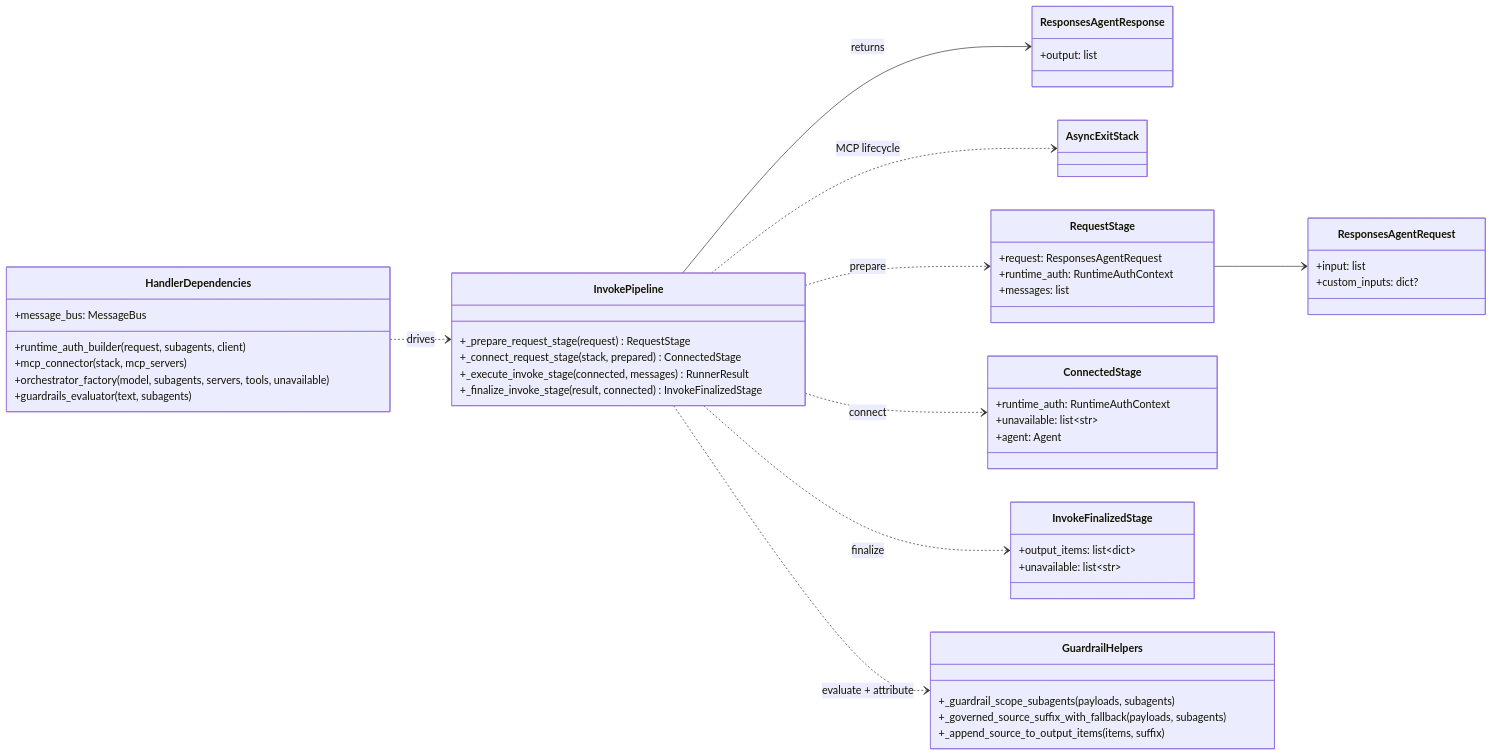
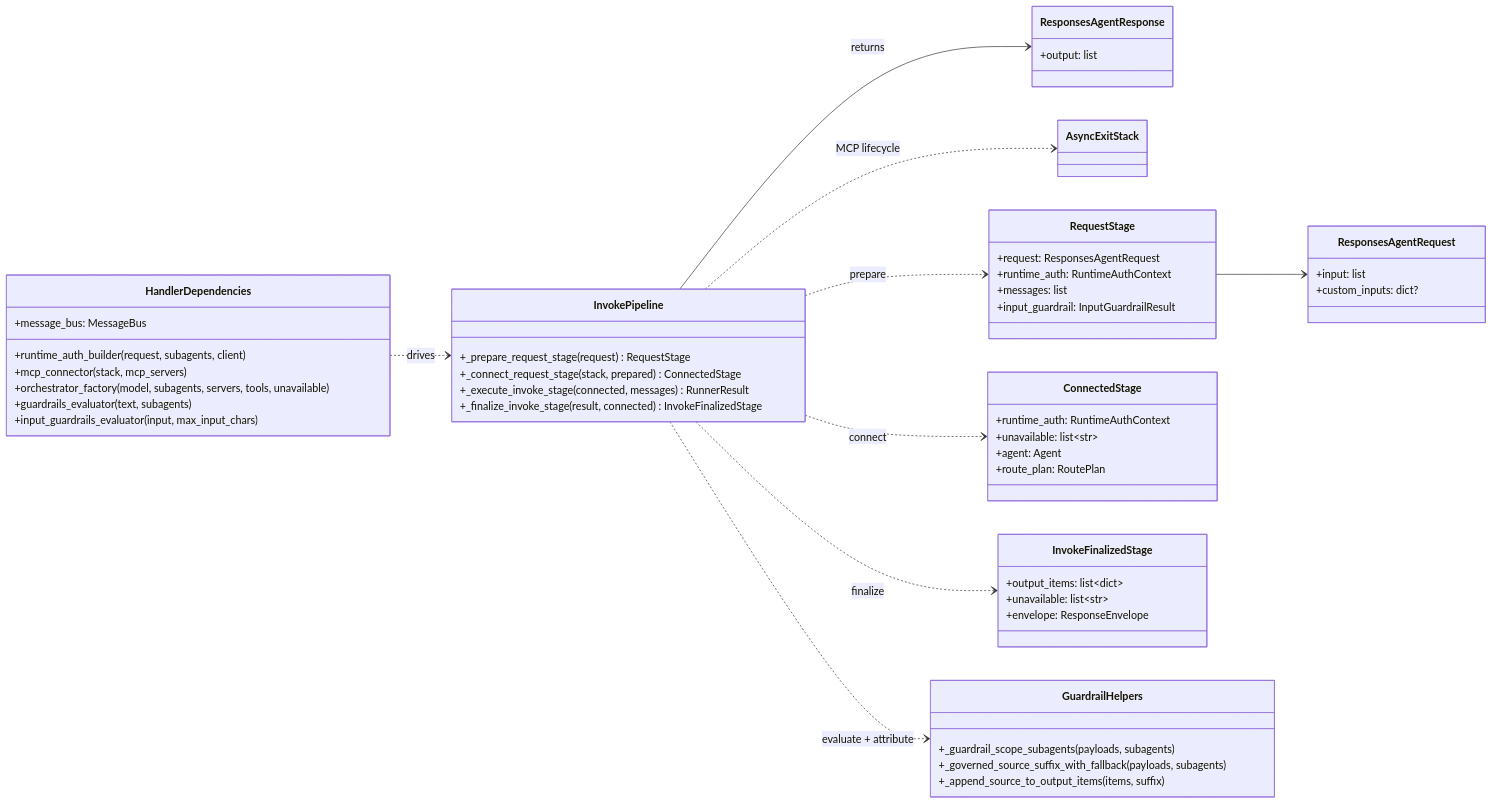
One commit to wchen-dea/Governed-Multi-Agent-Intelligence-on-Databricks changed the first of 2 diagrams in docs/architecture/design-artifacts/07-request-execution-flow-class-diagram.md. Above: the diagram before and after it, drawn with Mermaid. The commit also changed other lines of this file and 33 other files, not shown here.

````diff
--- a/docs/architecture/design-artifacts/07-request-execution-flow-class-diagram.md
+++ b/docs/architecture/design-artifacts/07-request-execution-flow-class-diagram.md
@@ -8,60 +8,64 @@
 ```mermaid
 classDiagram
 direction LR
 
 class ResponsesAgentRequest {
     +input: list
     +custom_inputs: dict?
 }
 class ResponsesAgentResponse {
     +output: list
 }
 class AsyncExitStack
 
 class RequestStage {
     +request: ResponsesAgentRequest
     +runtime_auth: RuntimeAuthContext
     +messages: list
+    +input_guardrail: InputGuardrailResult
 }
 
 class ConnectedStage {
     +runtime_auth: RuntimeAuthContext
     +unavailable: list~str~
     +agent: Agent
+    +route_plan: RoutePlan
 }
 
 class InvokeFinalizedStage {
     +output_items: list~dict~
     +unavailable: list~str~
+    +envelope: ResponseEnvelope
 }
 
 class HandlerDependencies {
     +runtime_auth_builder(request, subagents, client)
     +mcp_connector(stack, mcp_servers)
     +orchestrator_factory(model, subagents, servers, tools, unavailable)
     +guardrails_evaluator(text, subagents)
+    +input_guardrails_evaluator(input, max_input_chars)
     +message_bus: MessageBus
 }
 
 class InvokePipeline {
     +_prepare_request_stage(request) RequestStage
     +_connect_request_stage(stack, prepared) ConnectedStage
     +_execute_invoke_stage(connected, messages) RunnerResult
     +_finalize_invoke_stage(result, connected) InvokeFinalizedStage
 }
 
 class GuardrailHelpers {
     +_guardrail_scope_subagents(payloads, subagents)
     +_governed_source_suffix_with_fallback(payloads, subagents)
     +_append_source_to_output_items(items, suffix)
 }
 
 HandlerDependencies ..> InvokePipeline : drives
 InvokePipeline ..> RequestStage : prepare
 InvokePipeline ..> ConnectedStage : connect
 InvokePipeline ..> InvokeFinalizedStage : finalize
 InvokePipeline --> ResponsesAgentResponse : returns
 InvokePipeline ..> GuardrailHelpers : evaluate + attribute
 RequestStage --> ResponsesAgentRequest
 InvokePipeline ..> AsyncExitStack : MCP lifecycle
 ```
````
